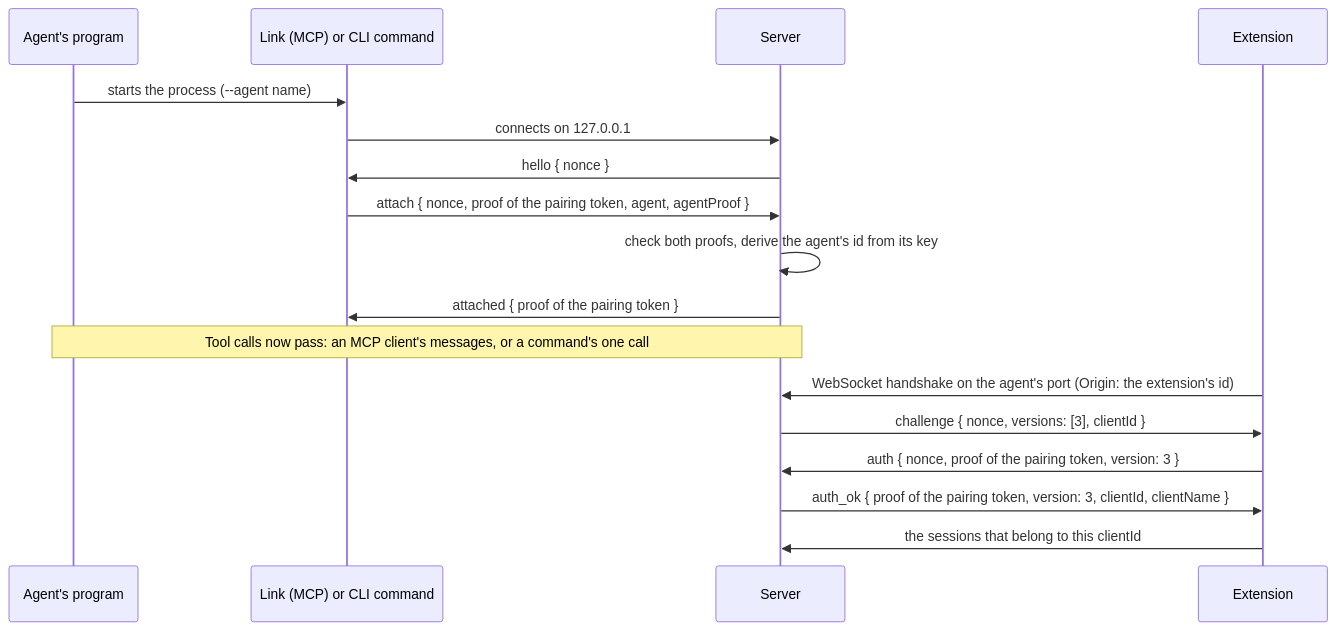
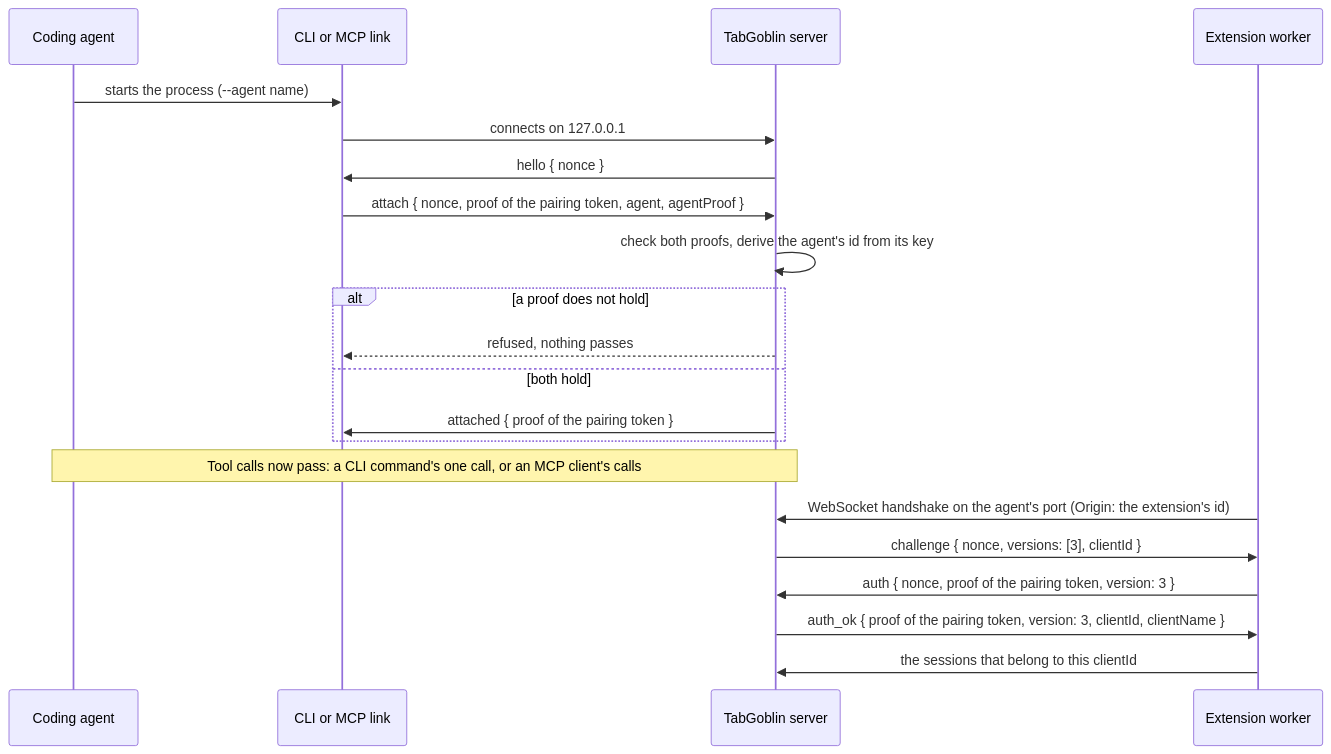
Before and after one commit to LaughingManCommits/TabGoblin: the second of 7 diagrams in docs/architecture.md, drawn with Mermaid. The commit also changed other lines of this file and 7 other files, not shown here.

First line of the commit message:
The diagrams redrawn: one concept each, the same names, CLI and MCP side by side

````diff
--- a/docs/architecture.md
+++ b/docs/architecture.md
@@ -183,19 +176,23 @@
 ```mermaid
 sequenceDiagram
-  participant A as Agent's program
-  participant L as Link (MCP) or CLI command
-  participant S as Server
-  participant E as Extension
+  participant A as Coding agent
+  participant L as CLI or MCP link
+  participant S as TabGoblin server
+  participant E as Extension worker
   A->>L: starts the process (--agent name)
   L->>S: connects on 127.0.0.1
   S->>L: hello { nonce }
   L->>S: attach { nonce, proof of the pairing token, agent, agentProof }
   S->>S: check both proofs, derive the agent's id from its key
-  S->>L: attached { proof of the pairing token }
-  Note over A,S: Tool calls now pass: an MCP client's messages, or a command's one call
+  alt a proof does not hold
+    S-->>L: refused, nothing passes
+  else both hold
+    S->>L: attached { proof of the pairing token }
+  end
+  Note over A,S: Tool calls now pass: a CLI command's one call, or an MCP client's calls
   E->>S: WebSocket handshake on the agent's port (Origin: the extension's id)
   S->>E: challenge { nonce, versions: [3], clientId }
   E->>S: auth { nonce, proof of the pairing token, version: 3 }
   S->>E: auth_ok { proof of the pairing token, version: 3, clientId, clientName }
   E->>S: the sessions that belong to this clientId
 ```
````
